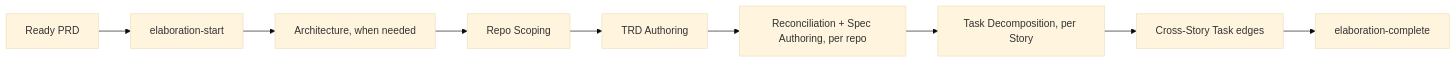
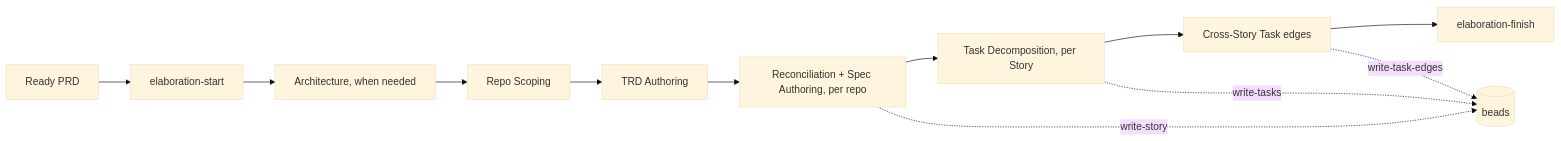
One commit to mark-satterfield/toolset changed the second of 4 diagrams in plugins/agent-teams-workforce/AGENT-TEAMS-WORKFORCE.md. Above: the diagram before and after it, drawn with Mermaid (base theme). The commit also changed other lines of this file and 21 other files, not shown here.

First line of the commit message:
refactor(agent-teams-workforce): write each Story and Task bead in the step that authors it

````diff
--- a/plugins/agent-teams-workforce/AGENT-TEAMS-WORKFORCE.md
+++ b/plugins/agent-teams-workforce/AGENT-TEAMS-WORKFORCE.md
@@ -50,10 +50,13 @@
 ```mermaid
 graph LR
   P[Ready PRD] --> L[elaboration-start]
   L --> A[Architecture, when needed] --> RS[Repo Scoping]
   RS --> R[TRD Authoring]
   R --> S[Reconciliation + Spec Authoring, per repo]
   S --> T[Task Decomposition, per Story]
   T --> X[Cross-Story Task edges]
-  X --> E[elaboration-complete]
+  X --> E[elaboration-finish]
+  S -. write-story .-> B[(beads)]
+  T -. write-tasks .-> B
+  X -. write-task-edges .-> B
 ```
````
